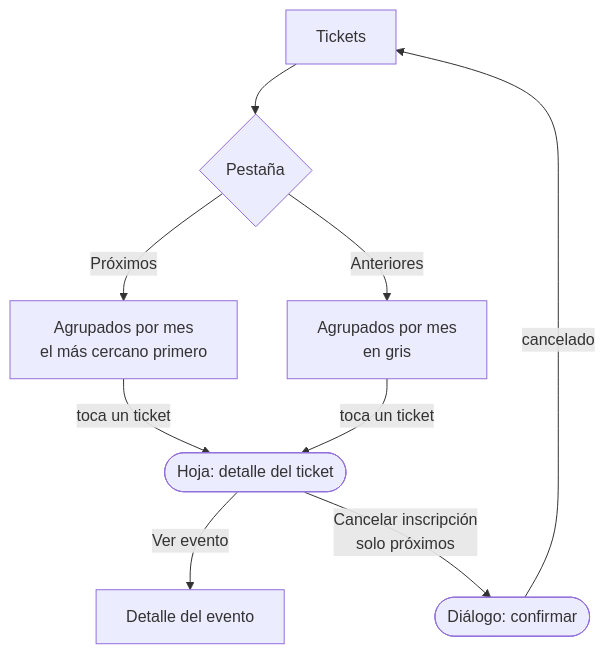
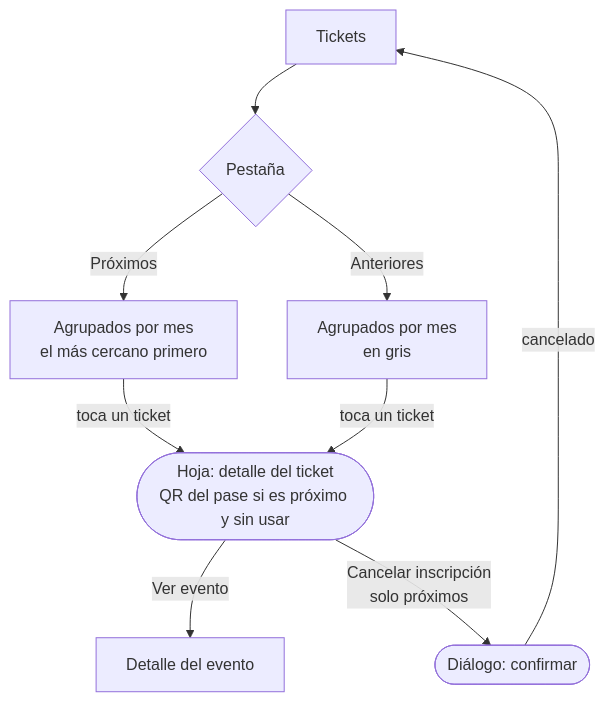
The eighth of 9 diagrams in docs/flujo-pantallas.md (will0149/froggy_wsm), drawn with Mermaid before and after one commit. The commit also changed 24 other files, not shown here.

````diff
--- a/docs/flujo-pantallas.md
+++ b/docs/flujo-pantallas.md
@@ -156,10 +156,10 @@
 ```mermaid
 flowchart TD
     tickets["Tickets"] --> tabs{"Pestaña"}
     tabs -->|"Próximos"| upcoming["Agrupados por mes<br/>el más cercano primero"]
     tabs -->|"Anteriores"| past["Agrupados por mes<br/>en gris"]
-    upcoming & past -->|"toca un ticket"| sheet(["Hoja: detalle del ticket"])
+    upcoming & past -->|"toca un ticket"| sheet(["Hoja: detalle del ticket<br/>QR del pase si es próximo y sin usar"])
     sheet -->|"Ver evento"| detail["Detalle del evento"]
     sheet -->|"Cancelar inscripción<br/>solo próximos"| confirm(["Diálogo: confirmar"])
     confirm -->|"cancelado"| tickets
 ```
````
